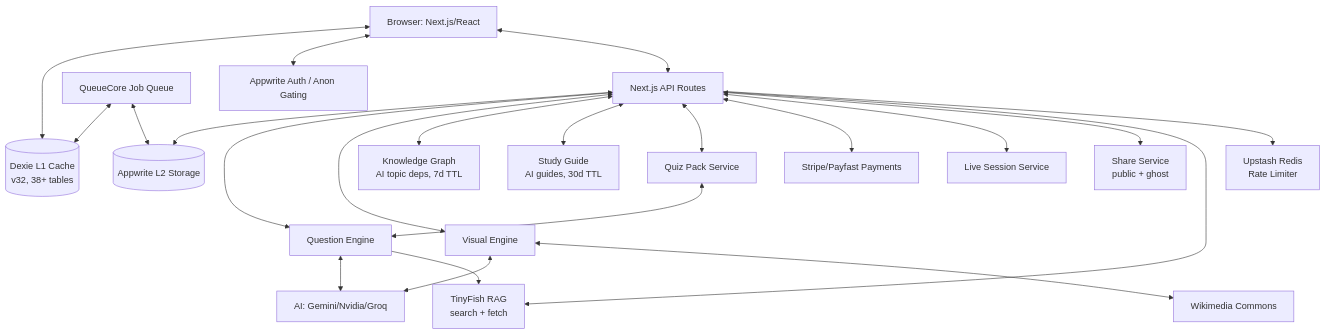
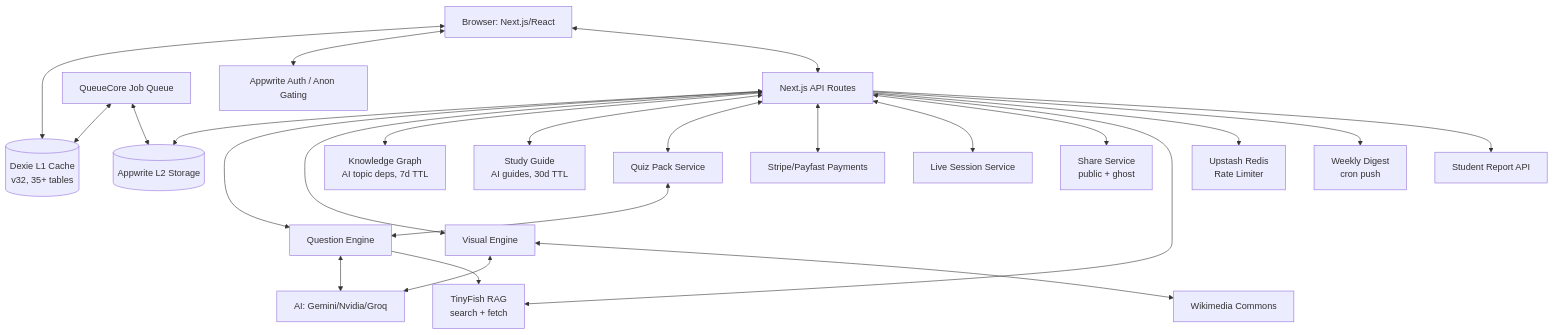
Before and after one commit to thembaxx/lumni: the diagram in .context/system-design.md, drawn with Mermaid. The commit also changed other lines of this file and 4 other files, not shown here.

````diff
--- a/.context/system-design.md
+++ b/.context/system-design.md
@@ -8,43 +8,47 @@
 ```mermaid
 graph TD
     Client[Browser: Next.js/React]
-    Dexie[(Dexie L1 Cache<br/>v32, 38+ tables)]
+    Dexie[(Dexie L1 Cache<br/>v32, 35+ tables)]
     Appwrite[(Appwrite L2 Storage)]
     API[Next.js API Routes]
     Engine[Question Engine]
     Visual[Visual Engine]
     KG[Knowledge Graph<br/>AI topic deps, 7d TTL]
     SG[Study Guide<br/>AI guides, 30d TTL]
     Pack[Quiz Pack Service]
     AI[AI: Gemini/Nvidia/Groq]
     Wiki[Wikimedia Commons]
     RAG[TinyFish RAG<br/>search + fetch]
     Queue[QueueCore Job Queue]
     Auth[Appwrite Auth / Anon Gating]
     Stripe[Stripe/Payfast Payments]
     Redis[Upstash Redis<br/>Rate Limiter]
     Live[Live Session Service]
     Share[Share Service<br/>public + ghost]
+    Digest[Weekly Digest<br/>cron push]
+    Report[Student Report API]
 
     Client <--> Dexie
     Client <--> Auth
     Client <--> API
     API <--> Appwrite
     API <--> Engine
     API <--> Visual
     API <--> KG
     API <--> SG
     API <--> Pack
     API <--> Stripe
     API <--> Live
     API <--> Share
     API --> RAG
     API --> Redis
+    API --> Digest
+    API --> Report
     Engine <--> AI
     Engine --> RAG
     Visual <--> AI
     Visual <--> Wiki
     Pack <--> Engine
     Queue <--> Dexie
     Queue <--> Appwrite
 ```
````
